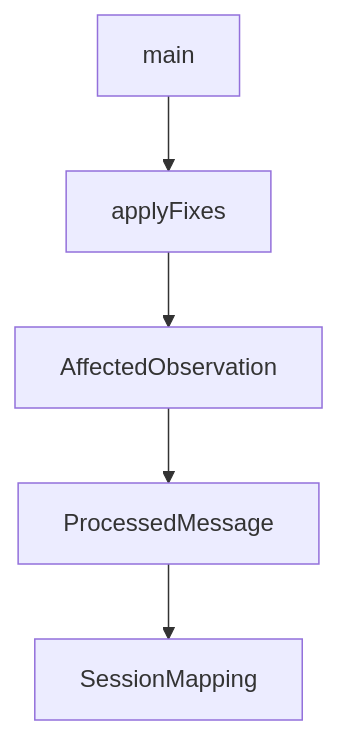
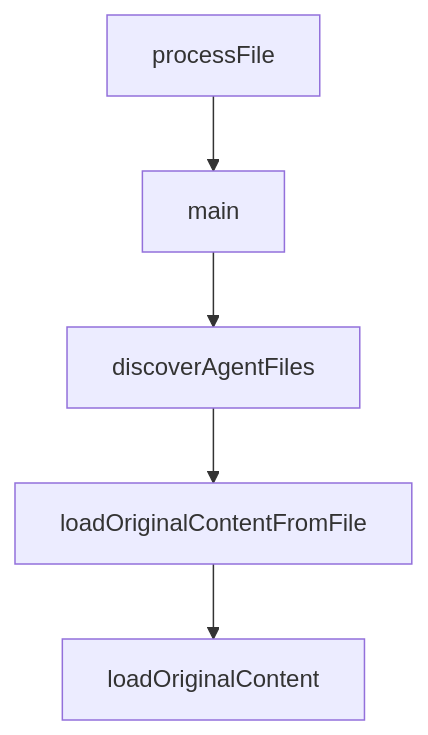
The second of 2 diagrams in tutorials/claude-mem-tutorial/02-architecture-hooks-and-worker-flow.md (johnxie/awesome-code-docs), drawn with Mermaid before and after one commit. The commit also changed other lines of this file and 1232 other files, not shown here.

````diff
--- a/tutorials/claude-mem-tutorial/02-architecture-hooks-and-worker-flow.md
+++ b/tutorials/claude-mem-tutorial/02-architecture-hooks-and-worker-flow.md
@@ -231,12 +229,12 @@
 ```mermaid
 flowchart TD
-    A[main]
-    B[applyFixes]
-    C[AffectedObservation]
-    D[ProcessedMessage]
-    E[SessionMapping]
+    A[processFile]
+    B[main]
+    C[discoverAgentFiles]
+    D[loadOriginalContentFromFile]
+    E[loadOriginalContent]
     A --> B
     B --> C
     C --> D
     D --> E
 ```
````
